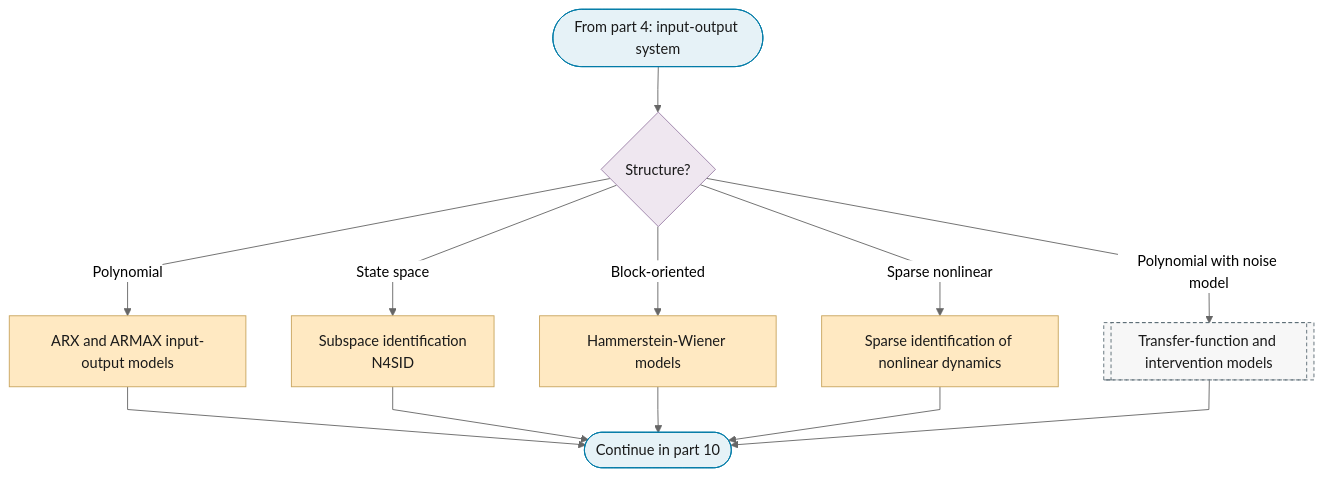
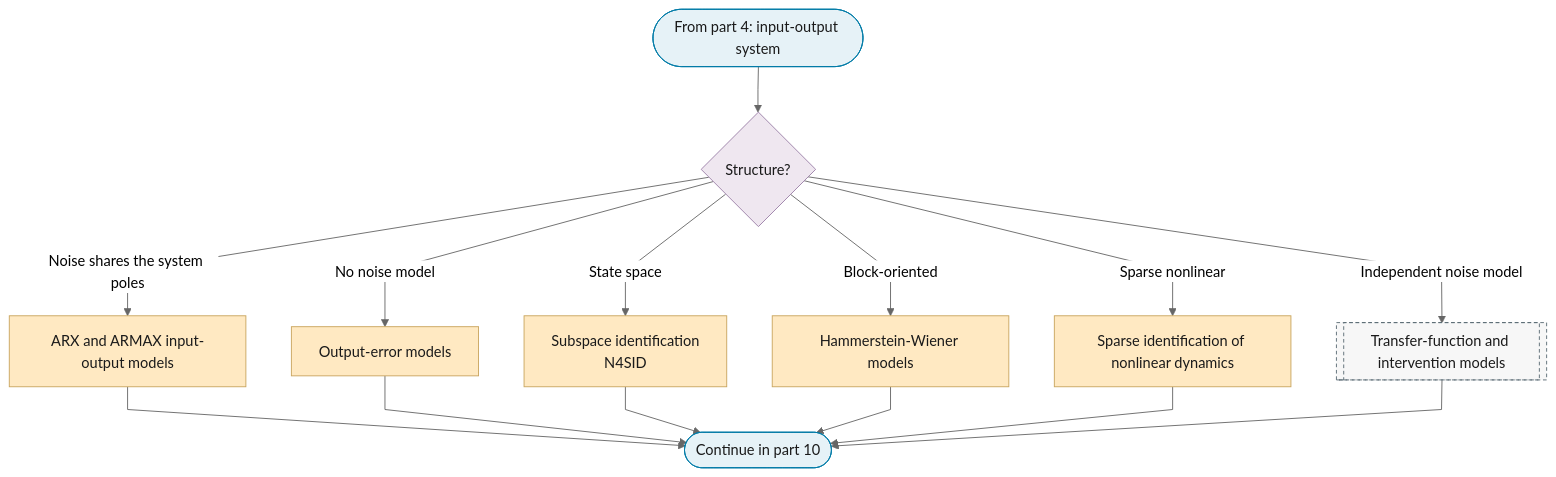
Before and after one commit to Shuxin-Y/time-series-analysis-manual: the seventh of 10 diagrams in docs/01-workflow/p06-mean-model-class.md, drawn with Mermaid (neutral theme). The commit also changed 20 other files, not shown here.

````diff
--- a/docs/01-workflow/p06-mean-model-class.md
+++ b/docs/01-workflow/p06-mean-model-class.md
@@ -187,23 +187,24 @@
 ```mermaid
 %%{init: {"flowchart": {"curve": "linear"}}}%%
 graph TD
     P6_PART_7_IN(["From part 4: input-output system"]) --> P6_IO_STRUCTURE{"Structure?"}
-    P6_IO_STRUCTURE -->|"Polynomial"| P6_ARX_ARMAX["ARX and ARMAX input-output models"]
+    P6_IO_STRUCTURE -->|"Noise shares the system poles"| P6_ARX_ARMAX["ARX and ARMAX input-output models"]
     P6_IO_STRUCTURE -->|"State space"| P6_SUBSPACE["Subspace identification<br/>N4SID"]
     P6_IO_STRUCTURE -->|"Block-oriented"| P6_HAMMERSTEIN_WIENER["Hammerstein-Wiener models"]
     P6_IO_STRUCTURE -->|"Sparse nonlinear"| P6_SINDY["Sparse identification of nonlinear dynamics"]
-    P6_IO_STRUCTURE -->|"Polynomial with noise model"| P6_TRANSFER_FUNCTION[["Transfer-function and intervention models"]]
-    P6_ARX_ARMAX & P6_SUBSPACE & P6_HAMMERSTEIN_WIENER & P6_SINDY & P6_TRANSFER_FUNCTION --> P6_PART_7_OUT(["Continue in part 10"])
-    class P6_ARX_ARMAX,P6_SUBSPACE,P6_HAMMERSTEIN_WIENER,P6_SINDY escalate
+    P6_IO_STRUCTURE -->|"Independent noise model"| P6_TRANSFER_FUNCTION[["Transfer-function and intervention models"]]
+    P6_IO_STRUCTURE -->|"No noise model"| P6_OUTPUT_ERROR["Output-error models"]
+    P6_ARX_ARMAX & P6_OUTPUT_ERROR & P6_SUBSPACE & P6_HAMMERSTEIN_WIENER & P6_SINDY & P6_TRANSFER_FUNCTION --> P6_PART_7_OUT(["Continue in part 10"])
+    class P6_ARX_ARMAX,P6_OUTPUT_ERROR,P6_SUBSPACE,P6_HAMMERSTEIN_WIENER,P6_SINDY escalate
     class P6_PART_7_IN,P6_PART_7_OUT terminator
     class P6_IO_STRUCTURE decision
     class P6_TRANSFER_FUNCTION ref
     classDef terminator fill:#E6F2F7,stroke:#007BA7,color:#1A1A1A;
     classDef process fill:#FFFFFF,stroke:#5A6B73,color:#1A1A1A;
     classDef decision fill:#EFE7F0,stroke:#9B7FA7,color:#1A1A1A;
     classDef data fill:#FFF4E0,stroke:#C9A55E,color:#1A1A1A;
     classDef good fill:#DCEFD8,stroke:#4A7A3F,color:#1A1A1A;
     classDef escalate fill:#FFE9C2,stroke:#C9A55E,color:#1A1A1A;
     classDef problem fill:#F2D9DE,stroke:#800020,color:#1A1A1A;
     classDef ref fill:#F7F7F7,stroke:#5A6B73,color:#1A1A1A,stroke-dasharray:4 3;
 ```
````
